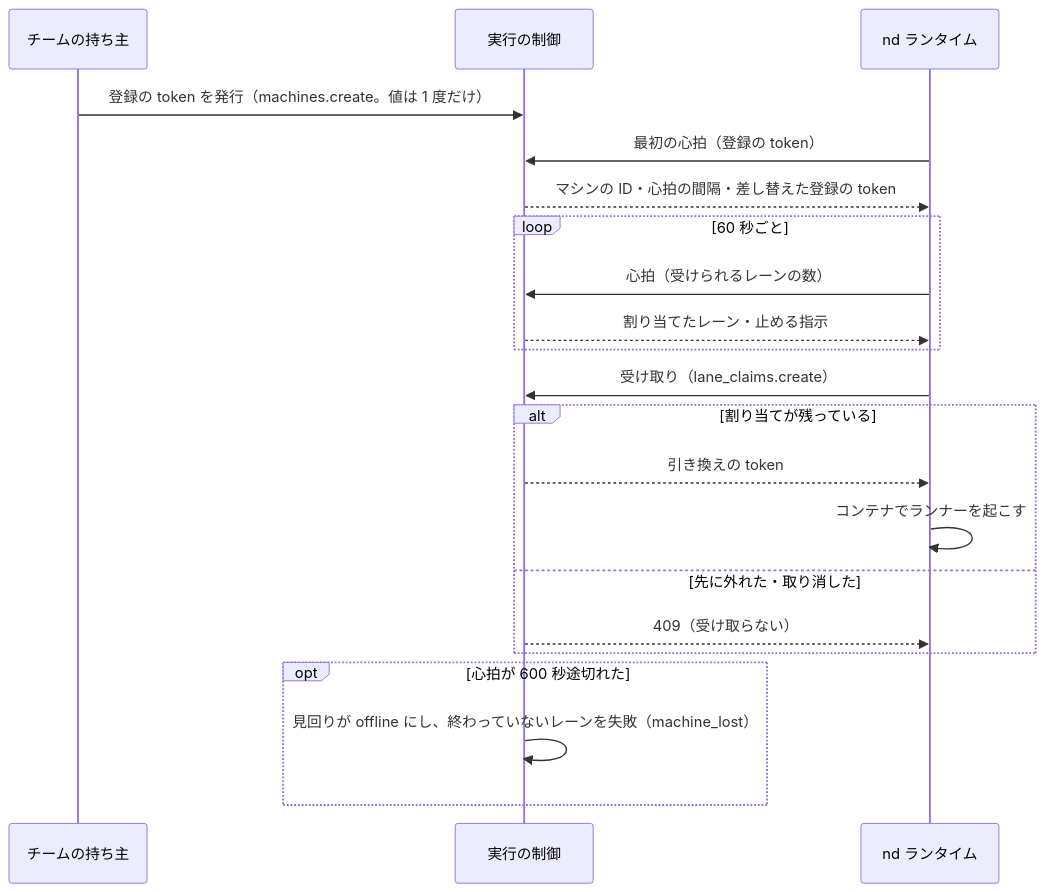
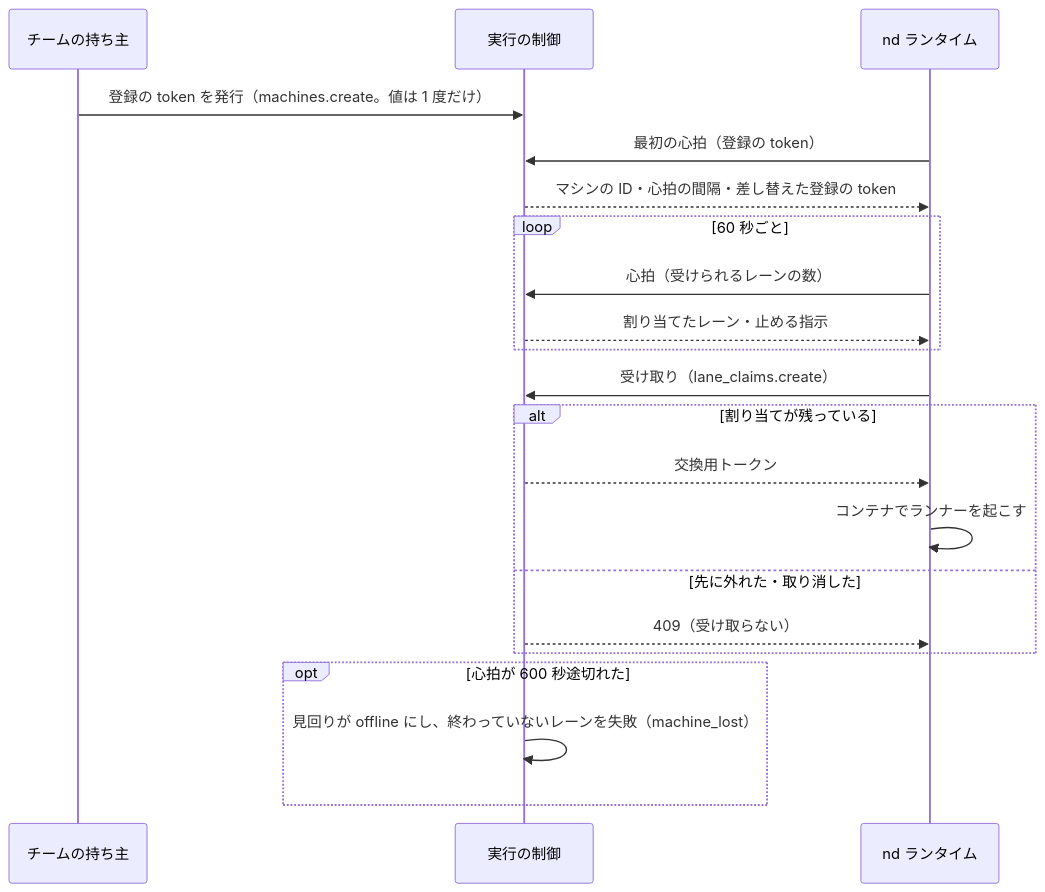
One commit to devbasex/nd-factory changed the sixth of 10 diagrams in docs/design/execution.md. Above: the diagram before and after it, drawn with Mermaid. The commit also changed other lines of this file and 22 other files, not shown here.

````diff
--- a/docs/design/execution.md
+++ b/docs/design/execution.md
@@ -260,23 +260,23 @@
 ```mermaid
 sequenceDiagram
     participant O as チームの持ち主
     participant API as 実行の制御
     participant M as nd ランタイム
     O->>API: 登録の token を発行（machines.create。値は 1 度だけ）
     M->>API: 最初の心拍（登録の token）
     API-->>M: マシンの ID・心拍の間隔・差し替えた登録の token
     loop 60 秒ごと
         M->>API: 心拍（受けられるレーンの数）
         API-->>M: 割り当てたレーン・止める指示
     end
     M->>API: 受け取り（lane_claims.create）
     alt 割り当てが残っている
-        API-->>M: 引き換えの token
+        API-->>M: 交換用トークン
         M->>M: コンテナでランナーを起こす
     else 先に外れた・取り消した
         API-->>M: 409（受け取らない）
     end
     opt 心拍が 600 秒途切れた
         API->>API: 見回りが offline にし、終わっていないレーンを失敗（machine_lost）
     end
 ```
````
